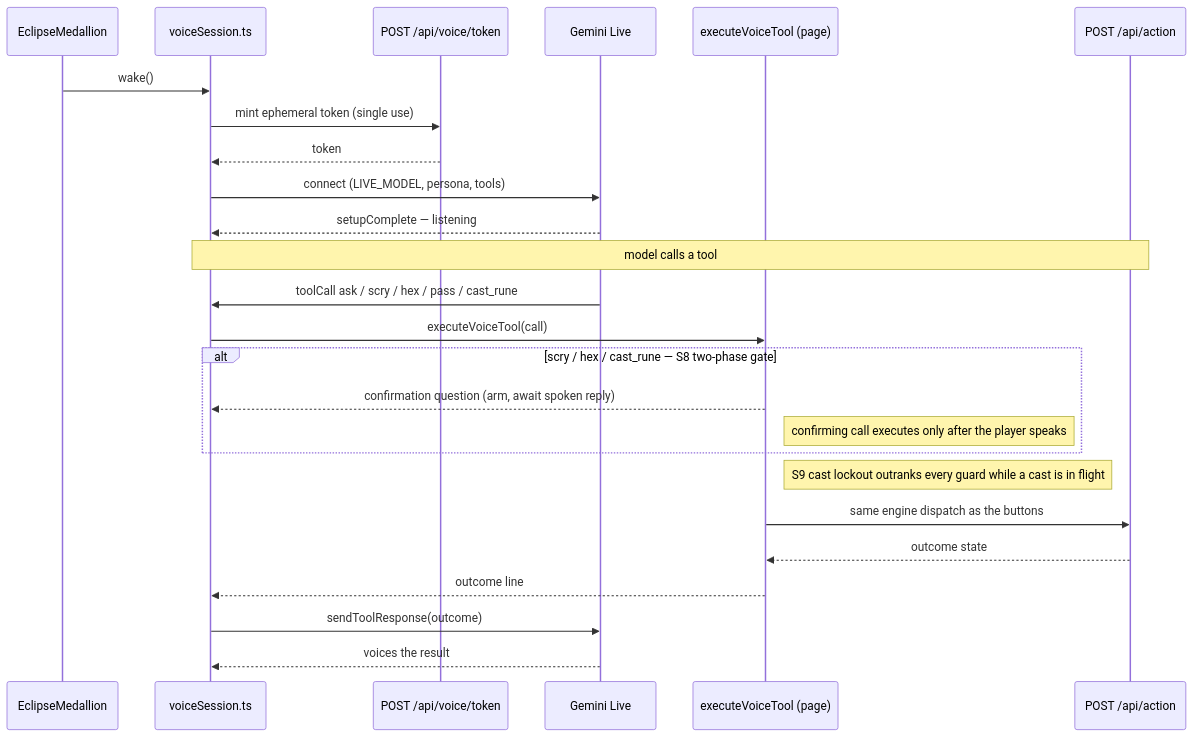
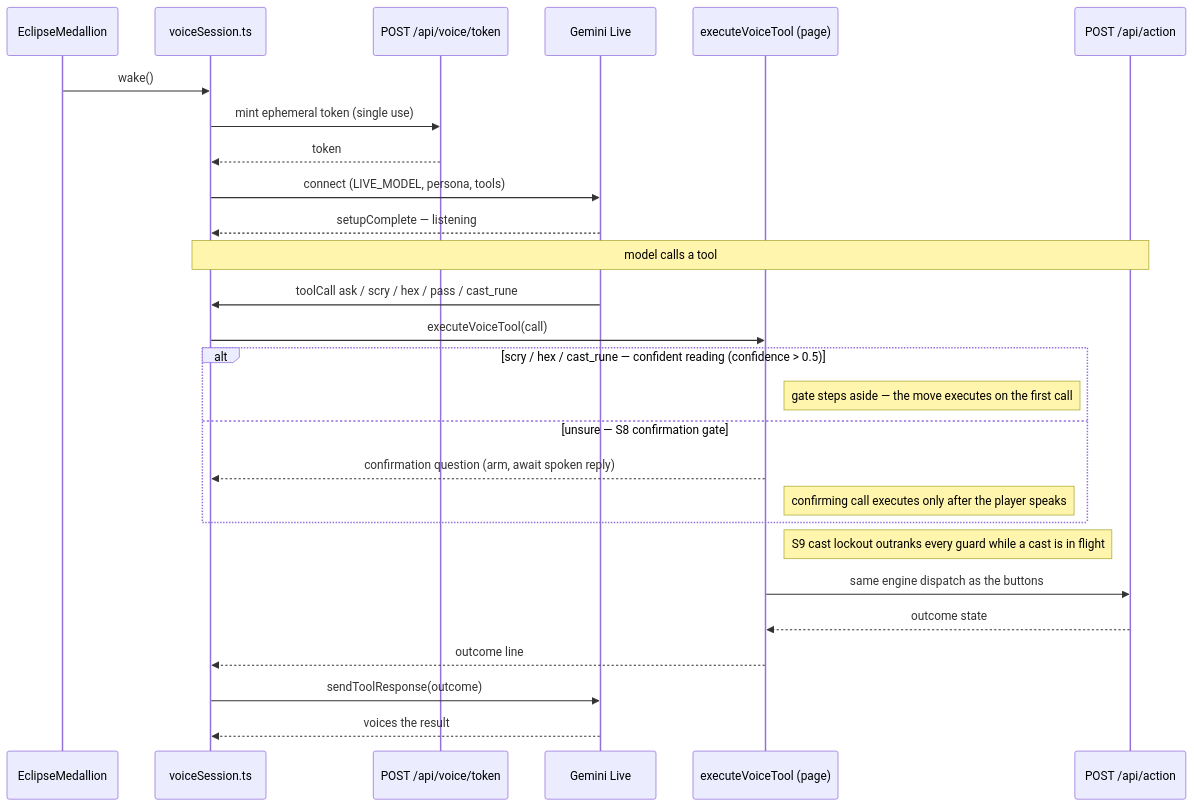
The third of 4 diagrams in docs/architecture.md (anchildress1/save-the-sun), drawn with Mermaid before and after one commit. The commit also changed other lines of this file and 17 other files, not shown here.

````diff
--- a/docs/architecture.md
+++ b/docs/architecture.md
@@ -122,35 +122,37 @@
 ```mermaid
 sequenceDiagram
     accTitle: Voice Live session and tool-call loop
     accDescr: A medallion wake mints a token, connects the Gemini Live session, and the model calls game tools that the page executor runs through the same engine dispatch as the buttons, then voices the result.
 
     participant Medallion as EclipseMedallion
     participant Voice as voiceSession.ts
     participant Token as POST /api/voice/token
     participant Live as Gemini Live
     participant Exec as executeVoiceTool (page)
     participant Action as POST /api/action
 
     Medallion->>Voice: wake()
     Voice->>Token: mint ephemeral token (single use)
     Token-->>Voice: token
     Voice->>Live: connect (LIVE_MODEL, persona, tools)
     Live-->>Voice: setupComplete — listening
 
     Note over Voice,Action: model calls a tool
     Live->>Voice: toolCall ask / scry / hex / pass / cast_rune
     Voice->>Exec: executeVoiceTool(call)
 
-    alt scry / hex / cast_rune — S8 two-phase gate
+    alt scry / hex / cast_rune — confident reading (confidence > 0.5)
+        Note right of Exec: gate steps aside — the move executes on the first call
+    else unsure — S8 confirmation gate
         Exec-->>Voice: confirmation question (arm, await spoken reply)
         Note right of Exec: confirming call executes only after the player speaks
     end
 
     Note right of Exec: S9 cast lockout outranks every guard while a cast is in flight
 
     Exec->>Action: same engine dispatch as the buttons
     Action-->>Exec: outcome state
     Exec-->>Voice: outcome line
     Voice->>Live: sendToolResponse(outcome)
     Live-->>Voice: voices the result
 ```
````
